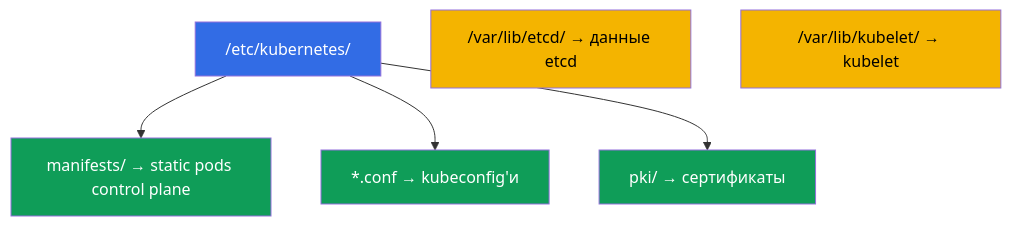
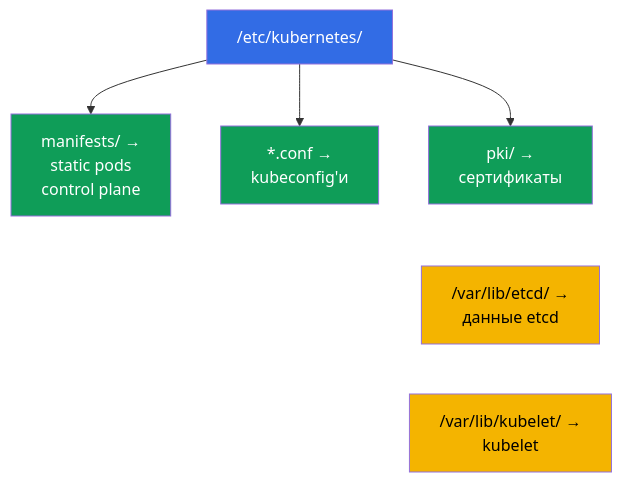
One commit to ViktorUJ/cks changed the sixth of 8 diagrams in tasks/cka/course/35/ru.md. Above: the diagram before and after it, drawn with Mermaid. The commit also changed other lines of this file and 30 other files, not shown here.

````diff
--- a/tasks/cka/course/35/ru.md
+++ b/tasks/cka/course/35/ru.md
@@ -184,15 +261,16 @@
 ```mermaid
 flowchart TB
     root["/etc/kubernetes/"]
-    root --> m["manifests/ → static pods control plane"]
-    root --> c["*.conf → kubeconfig'и"]
-    root --> pki["pki/ → сертификаты"]
-    etcd["/var/lib/etcd/ → данные etcd"]
-    kubelet["/var/lib/kubelet/ → kubelet"]
+    root --> m["manifests/ →<br>static pods<br>control plane"]
+    root --> c["*.conf →<br>kubeconfig'и"]
+    root --> pki["pki/ →<br>сертификаты"]
+    etcd["/var/lib/etcd/ →<br>данные etcd"]
+    kubelet["/var/lib/kubelet/ →<br>kubelet"]
+    pki ~~~ etcd ~~~ kubelet
     style root fill:#326ce5,color:#fff
     style m fill:#0f9d58,color:#fff
     style c fill:#0f9d58,color:#fff
     style pki fill:#0f9d58,color:#fff
     style etcd fill:#f4b400,color:#000
     style kubelet fill:#f4b400,color:#000
 ```
````
